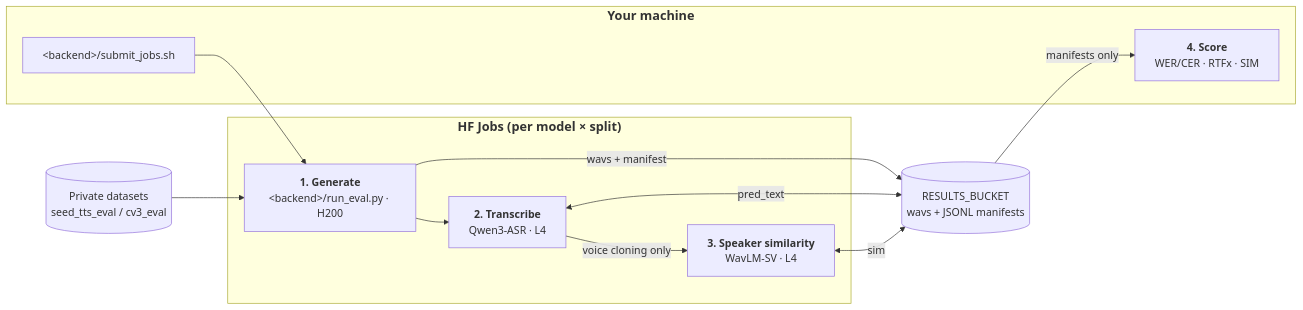
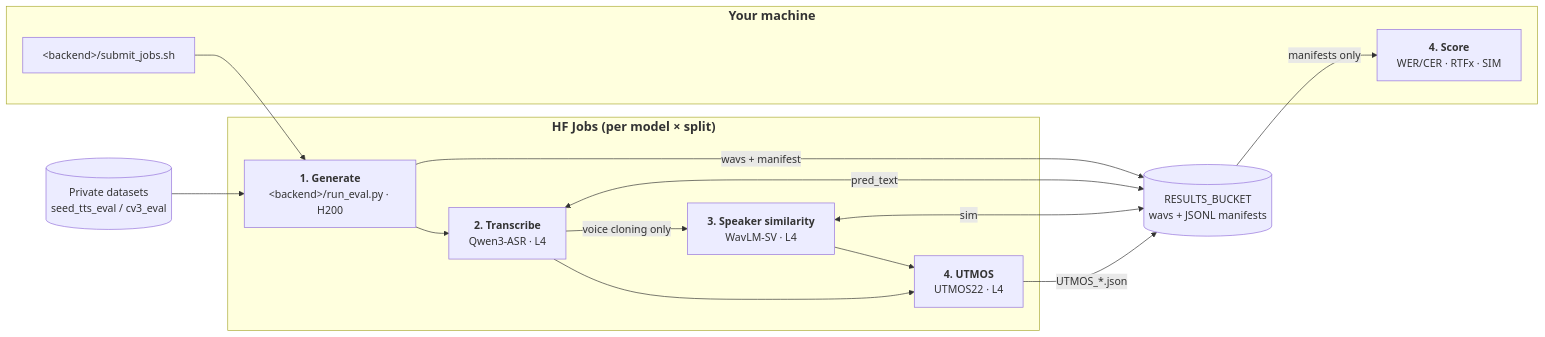
Before and after one commit to Deep-unlearning/open-tts-leaderboard: the first of 2 diagrams in README.md, drawn with Mermaid. The commit also changed other lines of this file and 12 other files, not shown here.

````diff
--- a/README.md
+++ b/README.md
@@ -108,23 +109,26 @@
 ```mermaid
 flowchart LR
     subgraph local["<big><b>Your machine</b></big>"]
         submit["&lt;backend&gt;/submit_jobs.sh"]
         score["<b>4. Score</b><br/>WER/CER · RTFx · SIM"]
     end
 
     subgraph jobs["<big><b>HF Jobs (per model × split)</b></big>"]
         gen["<b>1. Generate</b><br/>&lt;backend&gt;/run_eval.py · H200"]
         asr["<b>2. Transcribe</b><br/>Qwen3-ASR · L4"]
         sim["<b>3. Speaker similarity</b><br/>WavLM-SV · L4"]
+        utmos["<b>4. UTMOS</b><br/>UTMOS22 · L4"]
     end
 
     ds[("Private datasets<br/>seed_tts_eval / cv3_eval")]
     bucket[("RESULTS_BUCKET<br/>wavs + JSONL manifests")]
 
-    submit --> gen --> asr -->|voice cloning only| sim
+    submit --> gen --> asr -->|voice cloning only| sim --> utmos
+    asr --> utmos
     ds --> gen
     gen -->|wavs + manifest| bucket
     asr <-->|pred_text| bucket
     sim <-->|sim| bucket
+    utmos -->|UTMOS_*.json| bucket
     bucket -->|manifests only| score
 ```
````
